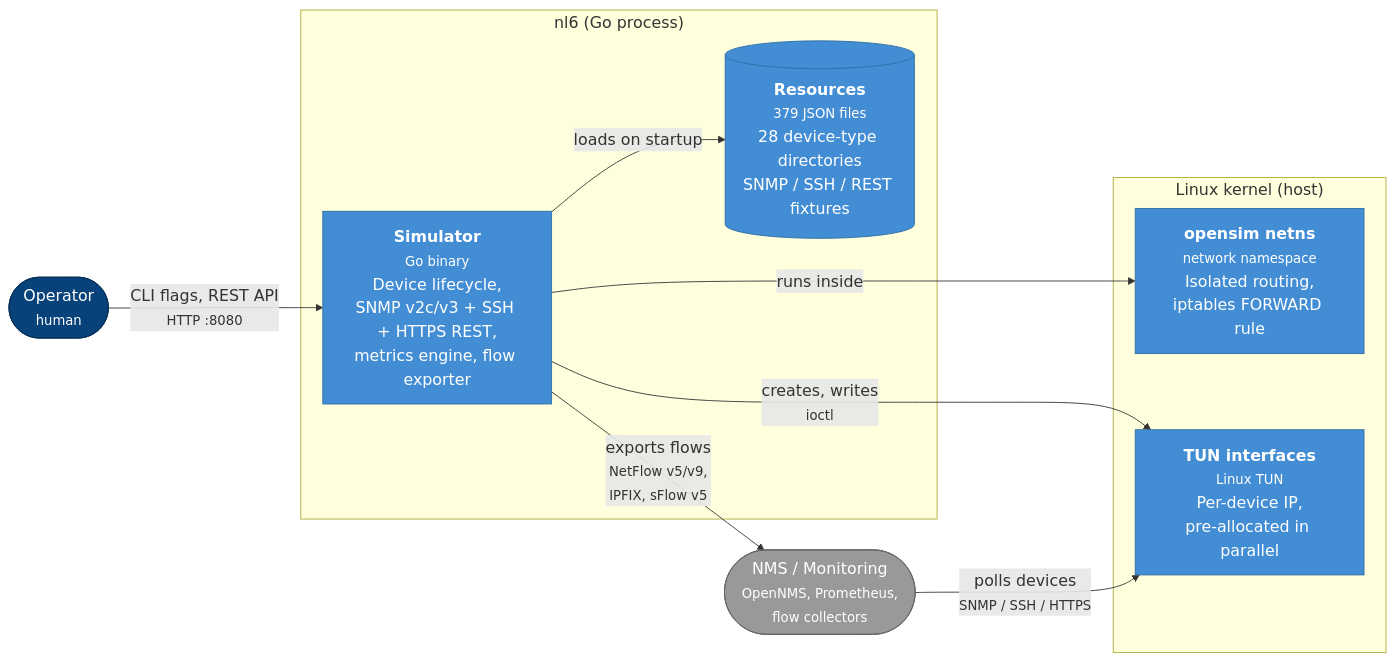
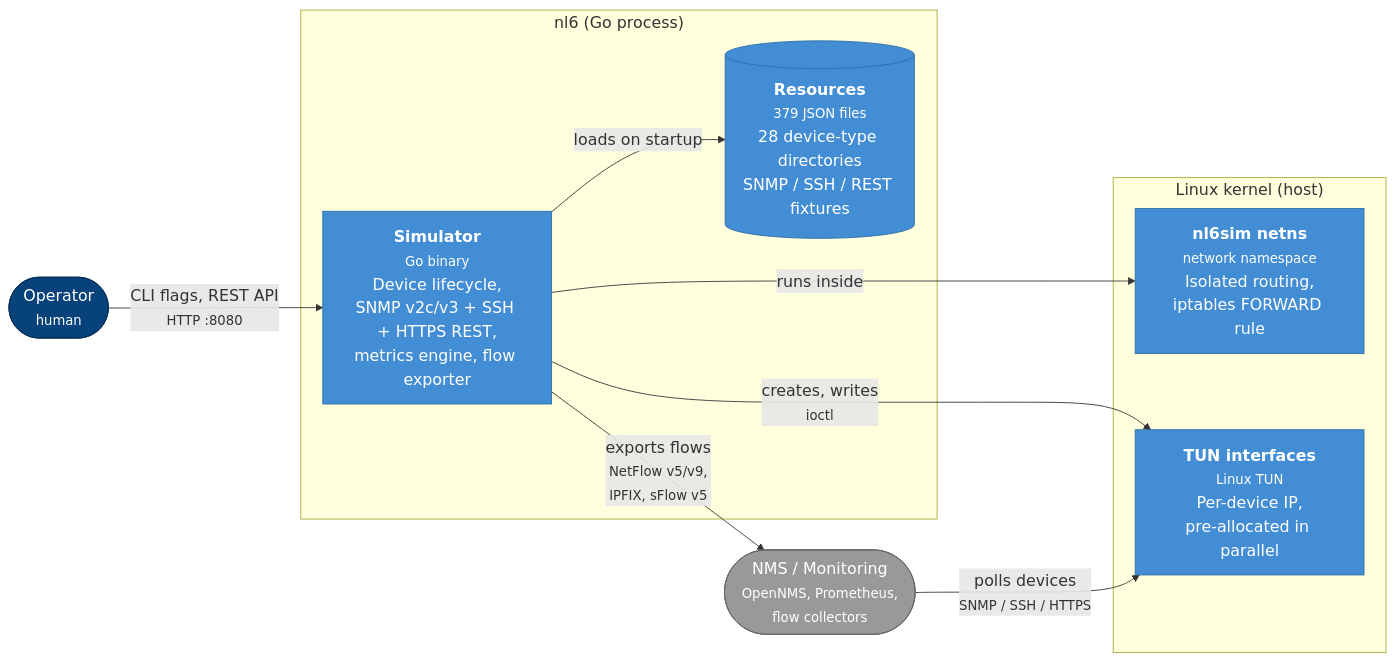
One commit to labmonkeys-space/nl6 changed the diagram in docs/reference/architecture.md. Above: the diagram before and after it, drawn with Mermaid. The commit also changed other lines of this file and 23 other files, not shown here.

````diff
--- a/docs/reference/architecture.md
+++ b/docs/reference/architecture.md
@@ -18,28 +18,28 @@
 ```mermaid
 %%{init: {'themeVariables': {'fontSize': '18px'}}}%%
 flowchart LR
     operator(["Operator<br/><small>human</small>"]):::person
     nms(["NMS / Monitoring<br/><small>OpenNMS, Prometheus,<br/>flow collectors</small>"]):::ext
 
     subgraph nl6 ["nl6 (Go process)"]
         simulator["<b>Simulator</b><br/><small>Go binary</small><br/>Device lifecycle,<br/>SNMP v2c/v3 + SSH + HTTPS REST,<br/>metrics engine, flow exporter"]
         resources[("<b>Resources</b><br/><small>379 JSON files</small><br/>28 device-type directories<br/>SNMP / SSH / REST fixtures")]
     end
 
     subgraph kernel ["Linux kernel (host)"]
-        netns["<b>opensim netns</b><br/><small>network namespace</small><br/>Isolated routing,<br/>iptables FORWARD rule"]
+        netns["<b>nl6sim netns</b><br/><small>network namespace</small><br/>Isolated routing,<br/>iptables FORWARD rule"]
         tun["<b>TUN interfaces</b><br/><small>Linux TUN</small><br/>Per-device IP,<br/>pre-allocated in parallel"]
     end
 
     operator -->|"CLI flags, REST API<br/><small>HTTP :8080</small>"| simulator
     simulator -->|loads on startup| resources
     simulator -->|creates, writes<br/><small>ioctl</small>| tun
     simulator -->|runs inside| netns
     nms -->|"polls devices<br/><small>SNMP / SSH / HTTPS</small>"| tun
     simulator -->|"exports flows<br/><small>NetFlow v5/v9,<br/>IPFIX, sFlow v5</small>"| nms
 
     classDef person fill:#08427b,stroke:#052e56,color:#fff
     classDef ext fill:#999,stroke:#666,color:#fff
     classDef default fill:#438dd5,stroke:#2e6da4,color:#fff
     class simulator,resources,netns,tun default
 ```
````
